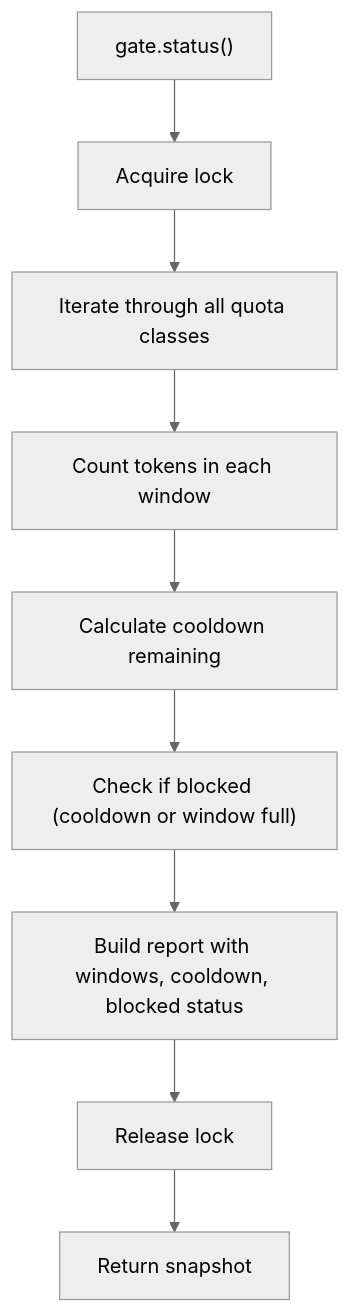
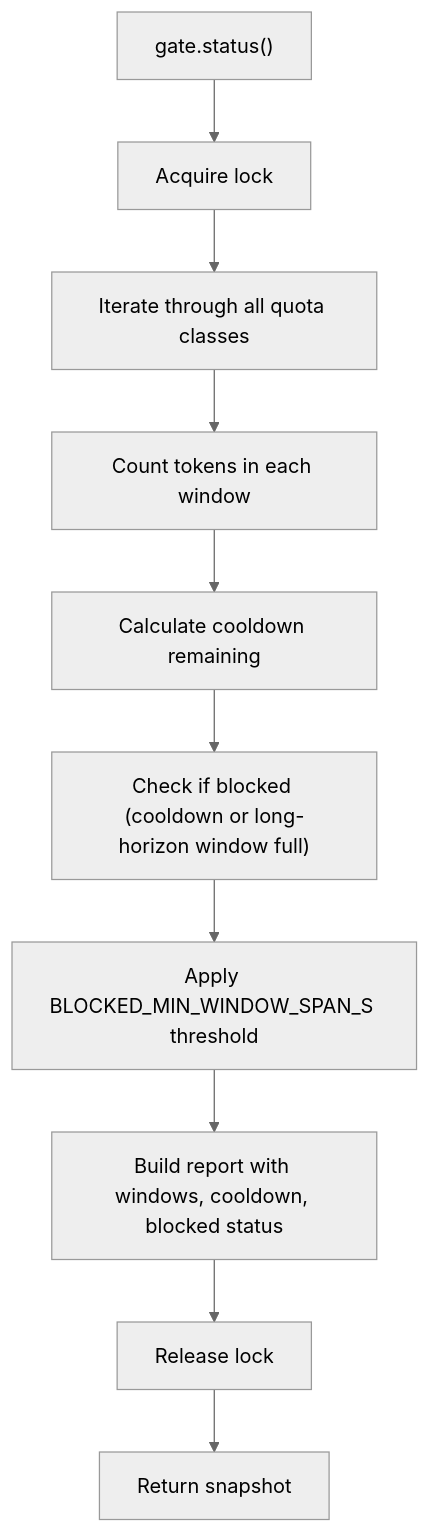
The seventh of 9 diagrams in .qoder/repowiki/en/content/Broker Integration/Rate Limiting Infrastructure.md (Ganesh-Kusundal/nTrade), drawn with Mermaid (neutral theme) before and after one commit. The commit also changed other lines of this file and 2201 other files, not shown here.

Commit message:
Integrate completeness: live runner hardening, broker adapter layers, rate-limiting infrastructure, data pipeline (parquet OHLCV + ingestion scripts), contract testing framework, options analytics, and updated architecture/knowledge docs

````diff
--- a/.qoder/repowiki/en/content/Broker Integration/Rate Limiting Infrastructure.md
+++ b/.qoder/repowiki/en/content/Broker Integration/Rate Limiting Infrastructure.md
@@ -365,11 +376,12 @@
 ```mermaid
 flowchart TD
 StatusCall["gate.status()"] --> Lock["Acquire lock"]
 Lock --> Iterate["Iterate through all quota classes"]
 Iterate --> CountTokens["Count tokens in each window"]
 CountTokens --> CalcCooldown["Calculate cooldown remaining"]
-CalcCooldown --> CheckBlocked["Check if blocked (cooldown or window full)"]
-CheckBlocked --> BuildReport["Build report with windows, cooldown, blocked status"]
+CalcCooldown --> CheckBlocked["Check if blocked (cooldown or long-horizon window full)"]
+CheckBlocked --> ApplyThreshold["Apply BLOCKED_MIN_WINDOW_SPAN_S threshold"]
+ApplyThreshold --> BuildReport["Build report with windows, cooldown, blocked status"]
 BuildReport --> ReleaseLock["Release lock"]
 ReleaseLock --> Return["Return snapshot"]
 ```
````
